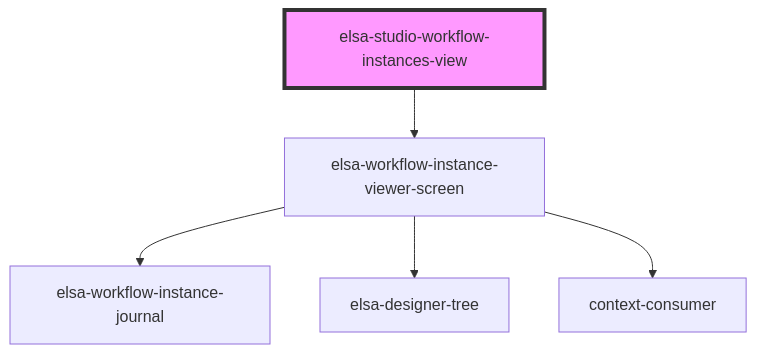
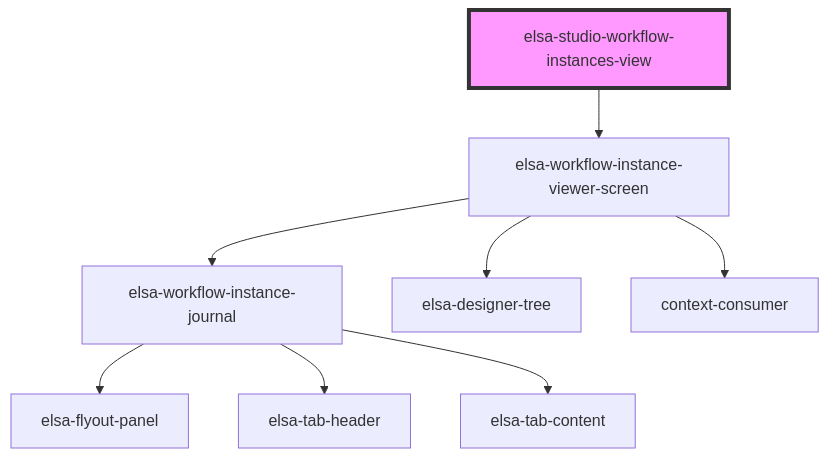
Before and after one commit to elsa-workflows/elsa-core: the diagram in src/designer/elsa-workflows-studio/src/components/dashboard/pages/elsa-studio-workflow-instances-view/readme.md, drawn with Mermaid. The commit also changed 29 other files, not shown here.

Commit message:
Added flyout panel to instances page. Refactored existing properties panel to share the same component.

````diff
--- a/src/designer/elsa-workflows-studio/src/components/dashboard/pages/elsa-studio-workflow-instances-view/readme.md
+++ b/src/designer/elsa-workflows-studio/src/components/dashboard/pages/elsa-studio-workflow-instances-view/readme.md
@@ -22,8 +22,11 @@
 ```mermaid
 graph TD;
   elsa-studio-workflow-instances-view --> elsa-workflow-instance-viewer-screen
   elsa-workflow-instance-viewer-screen --> elsa-workflow-instance-journal
   elsa-workflow-instance-viewer-screen --> elsa-designer-tree
   elsa-workflow-instance-viewer-screen --> context-consumer
+  elsa-workflow-instance-journal --> elsa-flyout-panel
+  elsa-workflow-instance-journal --> elsa-tab-header
+  elsa-workflow-instance-journal --> elsa-tab-content
   style elsa-studio-workflow-instances-view fill:#f9f,stroke:#333,stroke-width:4px
 ```
````
